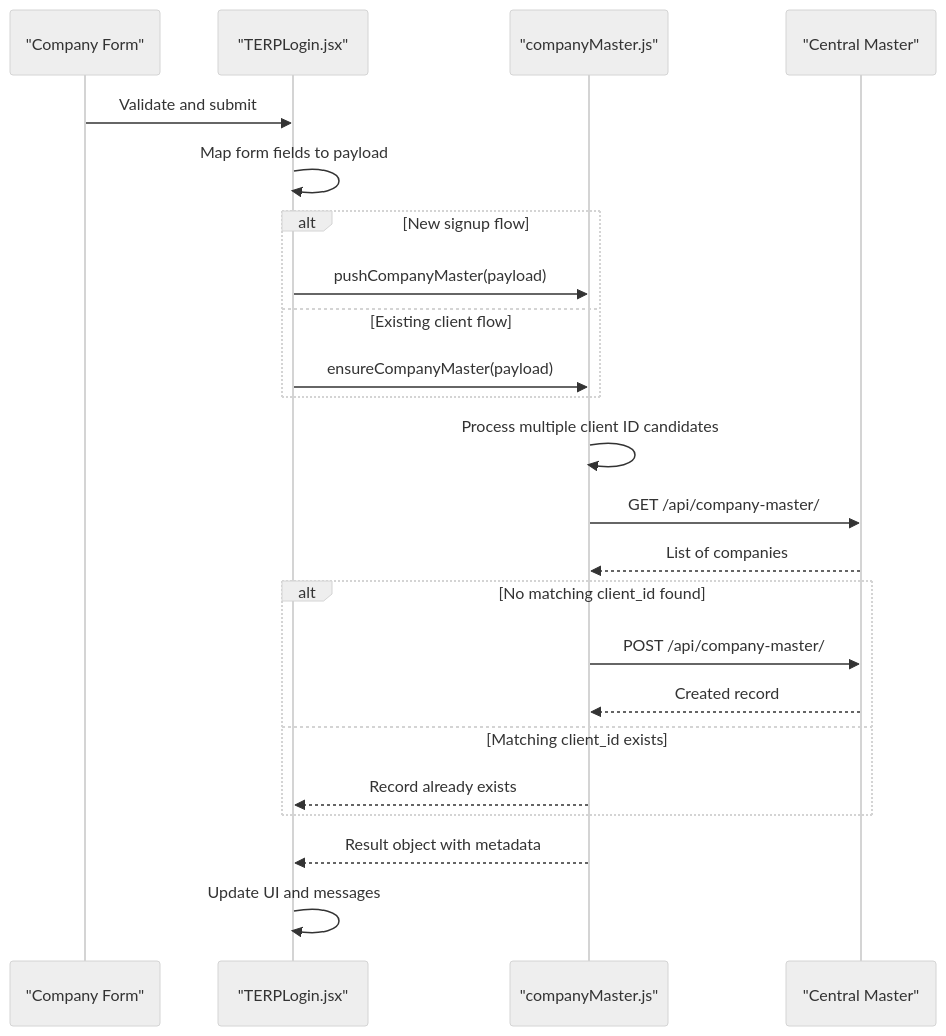
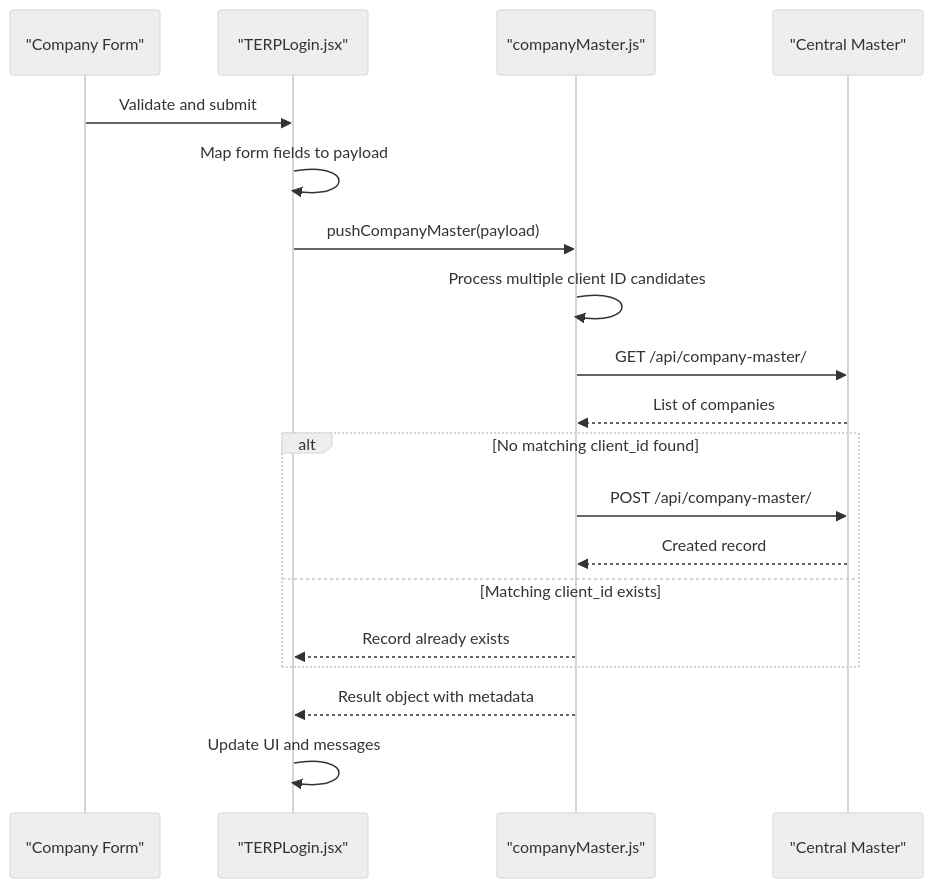
The fourth of 5 diagrams in .qoder/repowiki/en/content/API Integration Layer/Company Master API Integration.md (imcbsglobal/TRELLISCO_ERP_FRONTEND), drawn with Mermaid (neutral theme) before and after one commit. The commit also changed other lines of this file and 27 other files, not shown here.

````diff
--- a/.qoder/repowiki/en/content/API Integration Layer/Company Master API Integration.md
+++ b/.qoder/repowiki/en/content/API Integration Layer/Company Master API Integration.md
@@ -238,25 +247,21 @@
 ```mermaid
 sequenceDiagram
 participant Form as "Company Form"
 participant Page as "TERPLogin.jsx"
 participant Client as "companyMaster.js"
 participant Backend as "Central Master"
 Form->>Page : Validate and submit
 Page->>Page : Map form fields to payload
-alt New signup flow
 Page->>Client : pushCompanyMaster(payload)
-else Existing client flow
-Page->>Client : ensureCompanyMaster(payload)
-end
 Client->>Client : Process multiple client ID candidates
 Client->>Backend : GET /api/company-master/
 Backend-->>Client : List of companies
 alt No matching client_id found
 Client->>Backend : POST /api/company-master/
 Backend-->>Client : Created record
 else Matching client_id exists
 Client-->>Page : Record already exists
 end
 Client-->>Page : Result object with metadata
 Page->>Page : Update UI and messages
 ```
````
